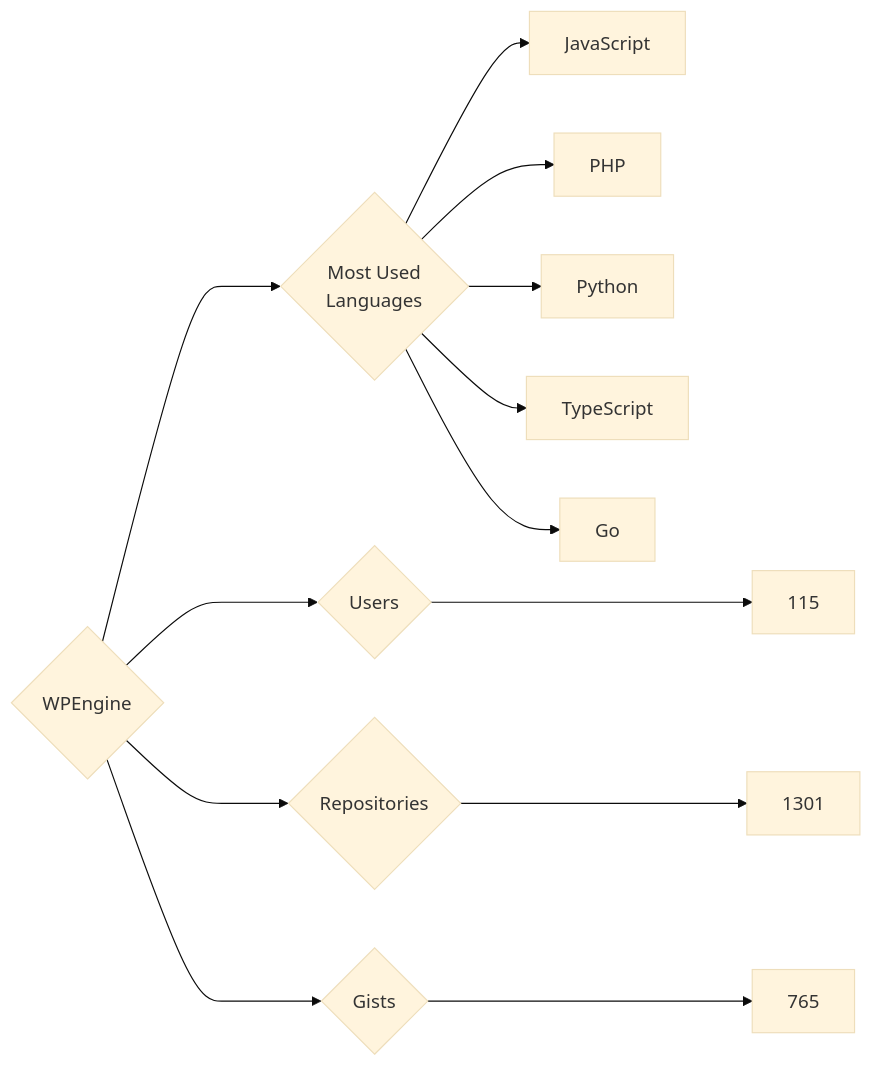
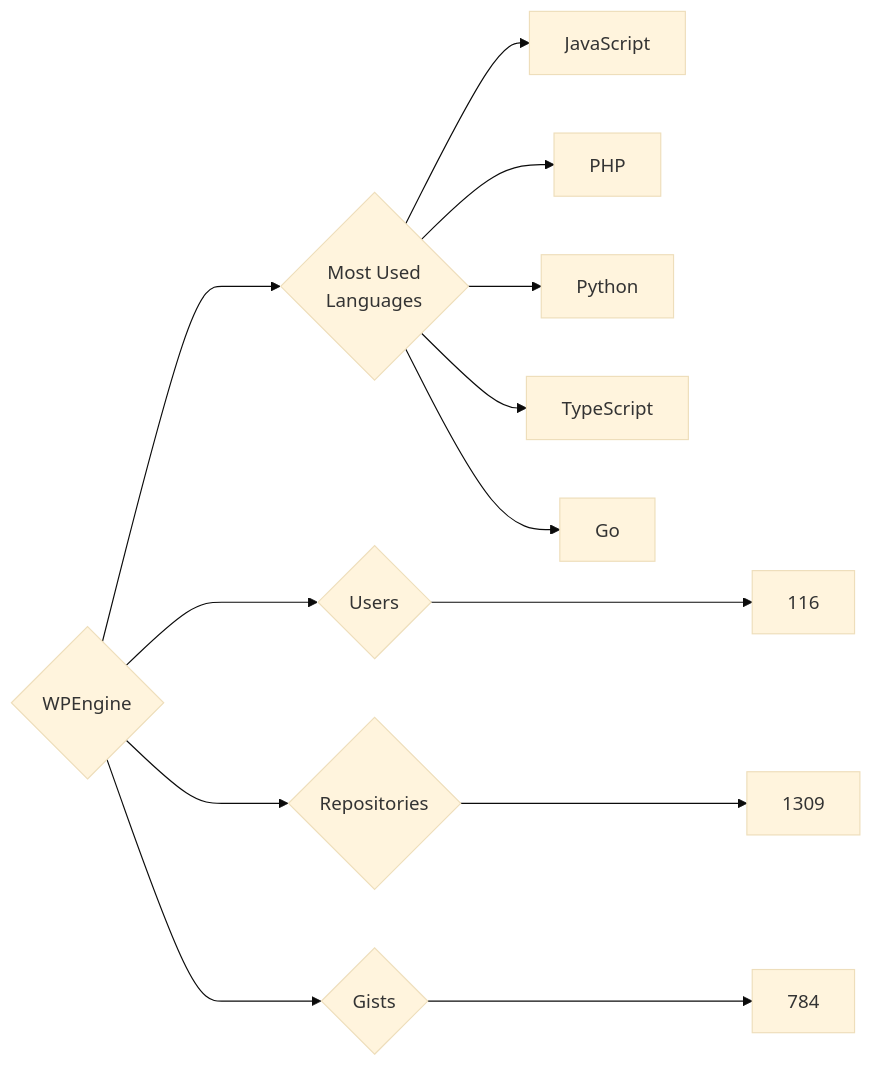
Before and after one commit to trickest/insiders: the diagram in targets/WPEngine/README.md, drawn with Mermaid (base theme). The commit also changed 794 other files, not shown here.

````diff
--- a/targets/WPEngine/README.md
+++ b/targets/WPEngine/README.md
@@ -3,13 +3,13 @@
 ```mermaid
 graph LR
 COMPANY_NAME{WPEngine}
-COMPANY_NAME ---> U{Users} ---> UN[115]
-COMPANY_NAME ---> R{Repositories} ---> RN[1301]
-COMPANY_NAME ---> G{Gists} ---> GN[765]
+COMPANY_NAME ---> U{Users} ---> UN[116]
+COMPANY_NAME ---> R{Repositories} ---> RN[1309]
+COMPANY_NAME ---> G{Gists} ---> GN[784]
 COMPANY_NAME ---> ML{Most Used<br>Languages}
 ML --> JavaScript[JavaScript]
 ML --> PHP[PHP]
 ML --> Python[Python]
 ML --> TypeScript[TypeScript]
 ML --> Go[Go]
 ```
````
